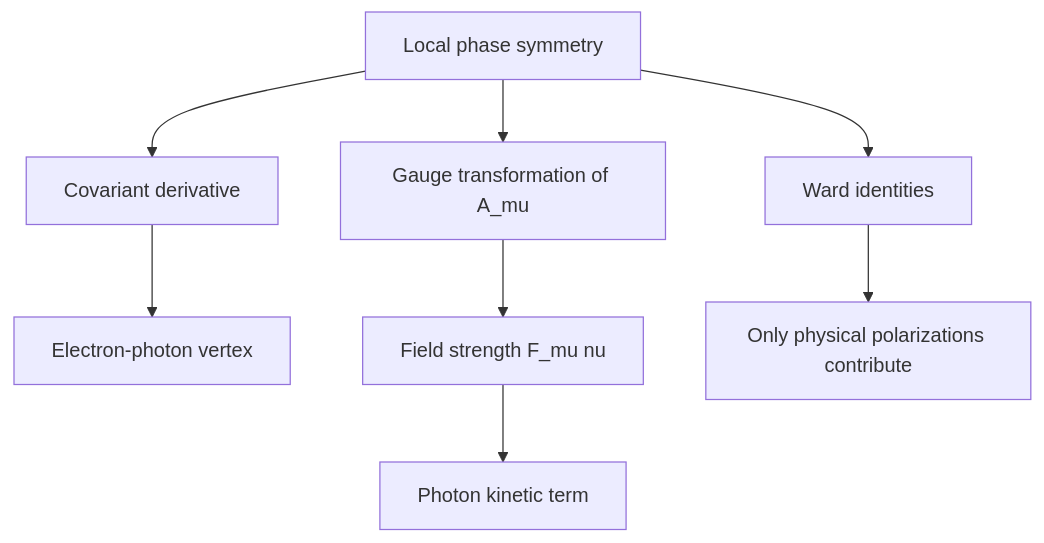
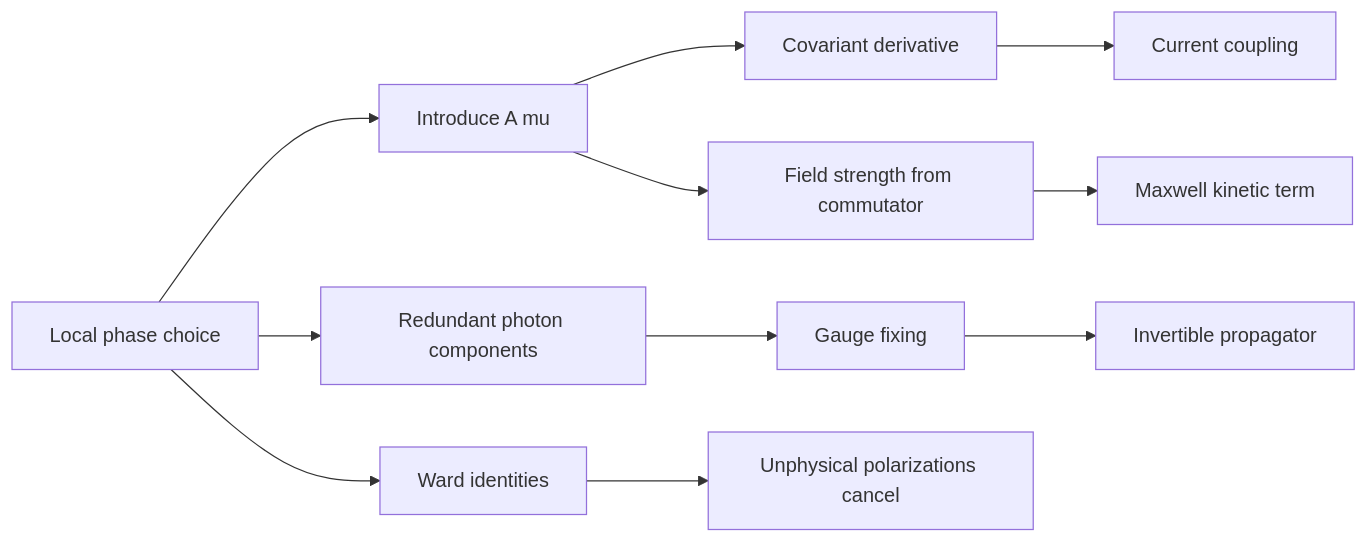
Before and after one commit to justinbrianhwang/SJ-wiki: the diagram in docs/physics/quantum-field-theory/gauge-invariance-and-qed.md, drawn with Mermaid. The commit also changed other lines of this file and 166 other files, not shown here.

````diff
--- a/docs/physics/quantum-field-theory/gauge-invariance-and-qed.md
+++ b/docs/physics/quantum-field-theory/gauge-invariance-and-qed.md
@@ -115,10 +132,13 @@
 ```mermaid
-flowchart TD
-  A[Local phase symmetry] --> B[Covariant derivative]
-  B --> C[Electron-photon vertex]
-  A --> D[Gauge transformation of A_mu]
-  D --> E[Field strength F_mu nu]
-  E --> F[Photon kinetic term]
-  A --> G[Ward identities]
-  G --> H[Only physical polarizations contribute]
+flowchart LR
+  A["Local phase choice"] --> B["Introduce A mu"]
+  B --> C["Covariant derivative"]
+  C --> D["Current coupling"]
+  B --> E["Field strength from commutator"]
+  E --> F["Maxwell kinetic term"]
+  A --> G["Redundant photon components"]
+  G --> H["Gauge fixing"]
+  H --> I["Invertible propagator"]
+  A --> J["Ward identities"]
+  J --> K["Unphysical polarizations cancel"]
 ```
````
